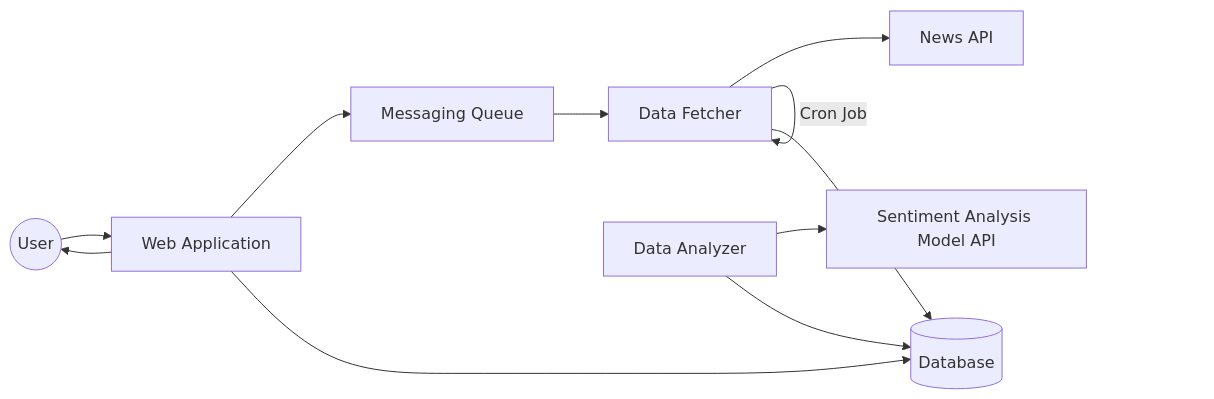
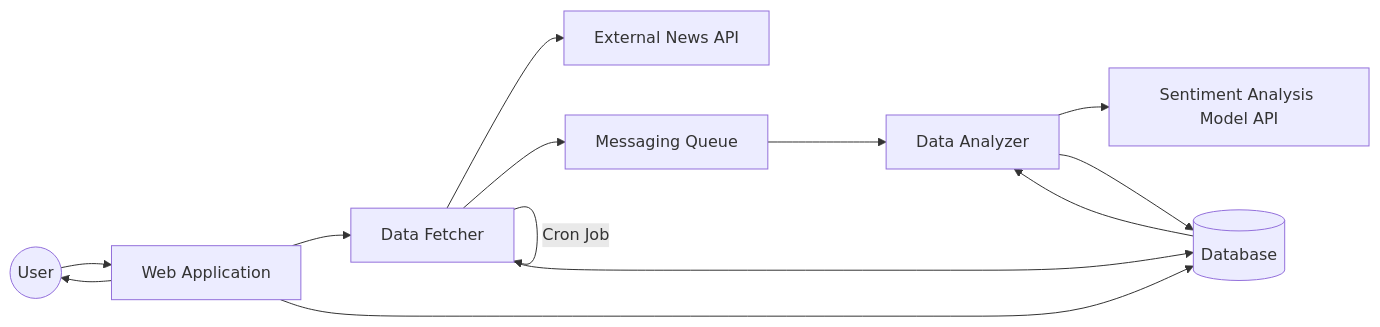
The first of 2 diagrams in README.md (Gowtham1729/folio-feed), drawn with Mermaid before and after one commit. The commit also changed other lines of this file, not shown here.

````diff
--- a/README.md
+++ b/README.md
@@ -29,11 +29,14 @@
 ```mermaid
 flowchart LR
 A((User)) --> B[Web Application]
-B --> D[Messaging Queue] --> C[Data Fetcher] --> N[News API]
+B --> C[Data Fetcher] --> N[External News API]
+C --> D[Messaging Queue]
 C -- Cron Job --> C
 E[Data Analyzer] --> S[Sentiment Analysis Model API]
+D --> E
 E --> F[(Database)]
+F --> E
 B --> F
 C --> F
 B --> A
 ```
````
